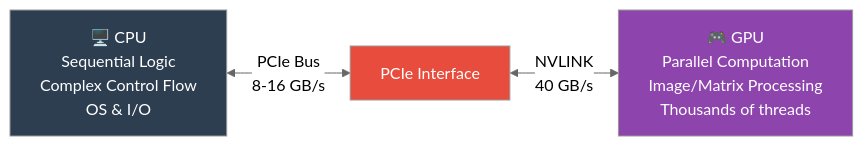
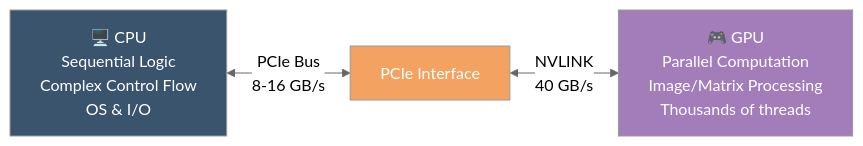
One commit to Dharani9018/Academic_stuff changed diagram 13 of 20 in sem4/MPCA/U4/README.md. Above: the diagram before and after it, drawn with Mermaid (neutral theme). The commit also changed other lines of this file and 3 other files, not shown here.

````diff
--- a/sem4/MPCA/U4/README.md
+++ b/sem4/MPCA/U4/README.md
@@ -712,9 +717,9 @@
 ```mermaid
 graph LR
-    style CPU fill:#2c3e50,color:#fff
-    style GPU fill:#8e44ad,color:#fff
-    style PCIE fill:#e74c3c,color:#fff
+    style CPU fill:#3a546d,color:#fff
+    style GPU fill:#a37cba,color:#fff
+    style PCIE fill:#f4a261,color:#fff
 
     CPU[🖥️ CPU\nSequential Logic\nComplex Control Flow\nOS & I/O] <-->|PCIe Bus\n8-16 GB/s| PCIE[PCIe Interface]
     PCIE <-->|NVLINK\n40 GB/s| GPU[🎮 GPU\nParallel Computation\nImage/Matrix Processing\nThousands of threads]
 ```
````
